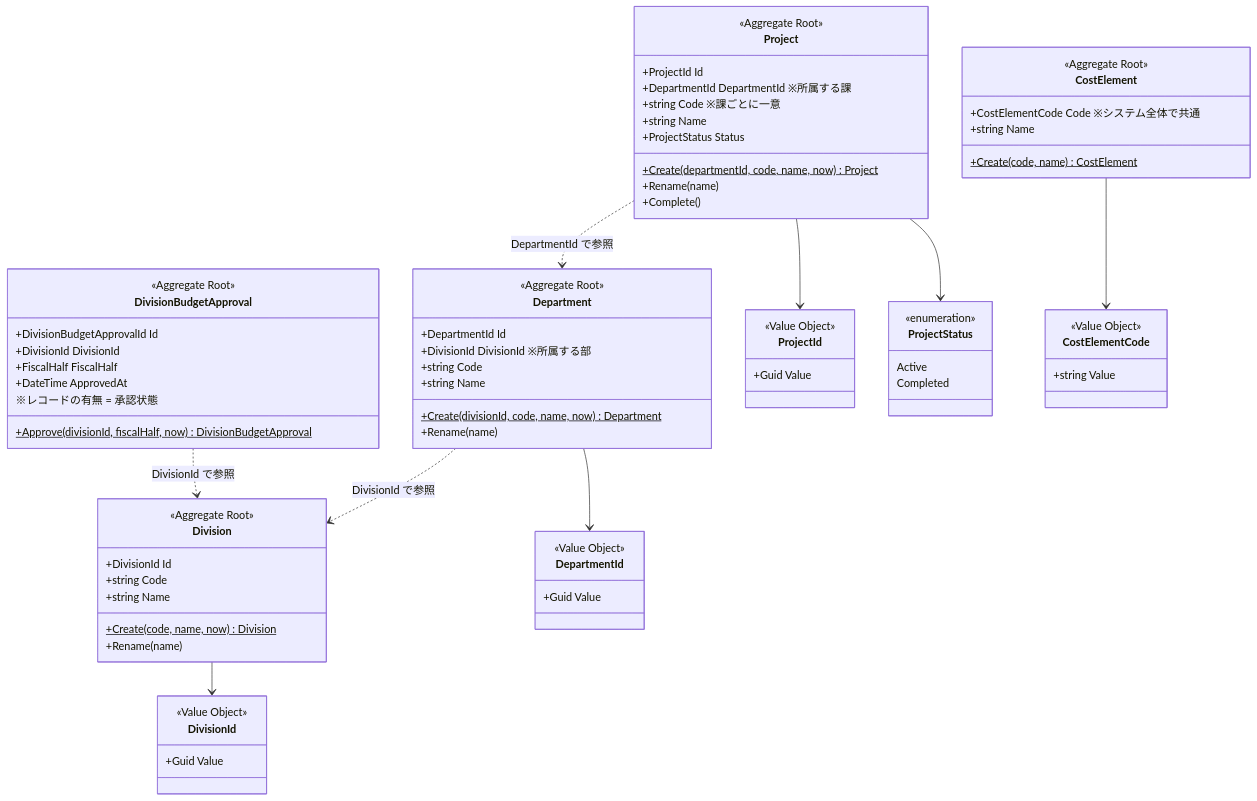
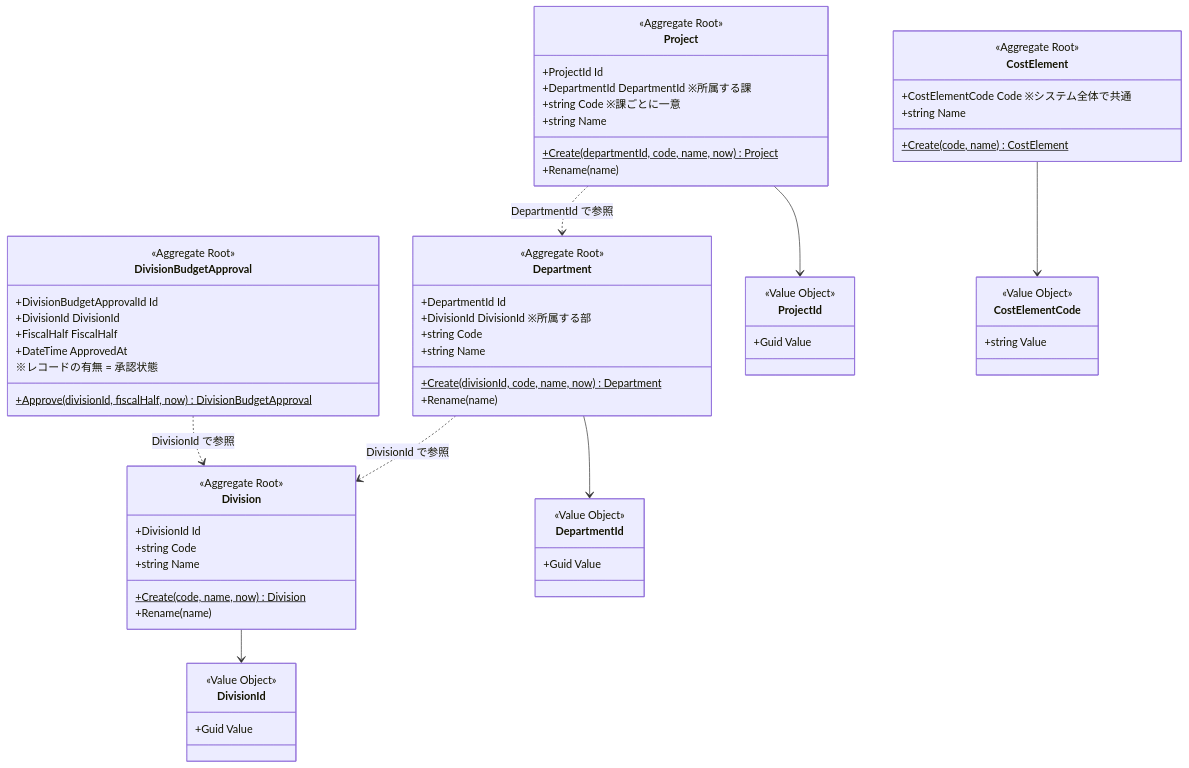
Before and after one commit to kyamanaka0923/fcpl-cost-management-system: the sixth of 9 diagrams in docs/DESIGN.md, drawn with Mermaid. The commit also changed other lines of this file and 15 other files, not shown here.

````diff
--- a/docs/DESIGN.md
+++ b/docs/DESIGN.md
@@ -155,75 +155,67 @@
 ```mermaid
 classDiagram
     class Division {
         <<Aggregate Root>>
         +DivisionId Id
         +string Code
         +string Name
         +Create(code, name, now) Division$
         +Rename(name)
     }
     class DivisionId {
         <<Value Object>>
         +Guid Value
     }
     class DivisionBudgetApproval {
         <<Aggregate Root>>
         +DivisionBudgetApprovalId Id
         +DivisionId DivisionId
         +FiscalHalf FiscalHalf
         +DateTime ApprovedAt
         +Approve(divisionId, fiscalHalf, now) DivisionBudgetApproval$
         ※レコードの有無 = 承認状態
     }
     class Department {
         <<Aggregate Root>>
         +DepartmentId Id
         +DivisionId DivisionId ※所属する部
         +string Code
         +string Name
         +Create(divisionId, code, name, now) Department$
         +Rename(name)
     }
     class DepartmentId {
         <<Value Object>>
         +Guid Value
     }
     class Project {
         <<Aggregate Root>>
         +ProjectId Id
         +DepartmentId DepartmentId ※所属する課
         +string Code ※課ごとに一意
         +string Name
-        +ProjectStatus Status
         +Create(departmentId, code, name, now) Project$
         +Rename(name)
-        +Complete()
     }
     class ProjectId {
         <<Value Object>>
         +Guid Value
-    }
-    class ProjectStatus {
-        <<enumeration>>
-        Active
-        Completed
     }
     class CostElement {
         <<Aggregate Root>>
         +CostElementCode Code ※システム全体で共通
         +string Name
         +Create(code, name) CostElement$
     }
     class CostElementCode {
         <<Value Object>>
         +string Value
     }
     Division --> DivisionId
     DivisionBudgetApproval ..> Division : DivisionId で参照
     Department --> DepartmentId
     Department ..> Division : DivisionId で参照
     Project --> ProjectId
-    Project --> ProjectStatus
     Project ..> Department : DepartmentId で参照
     CostElement --> CostElementCode
 ```
````
